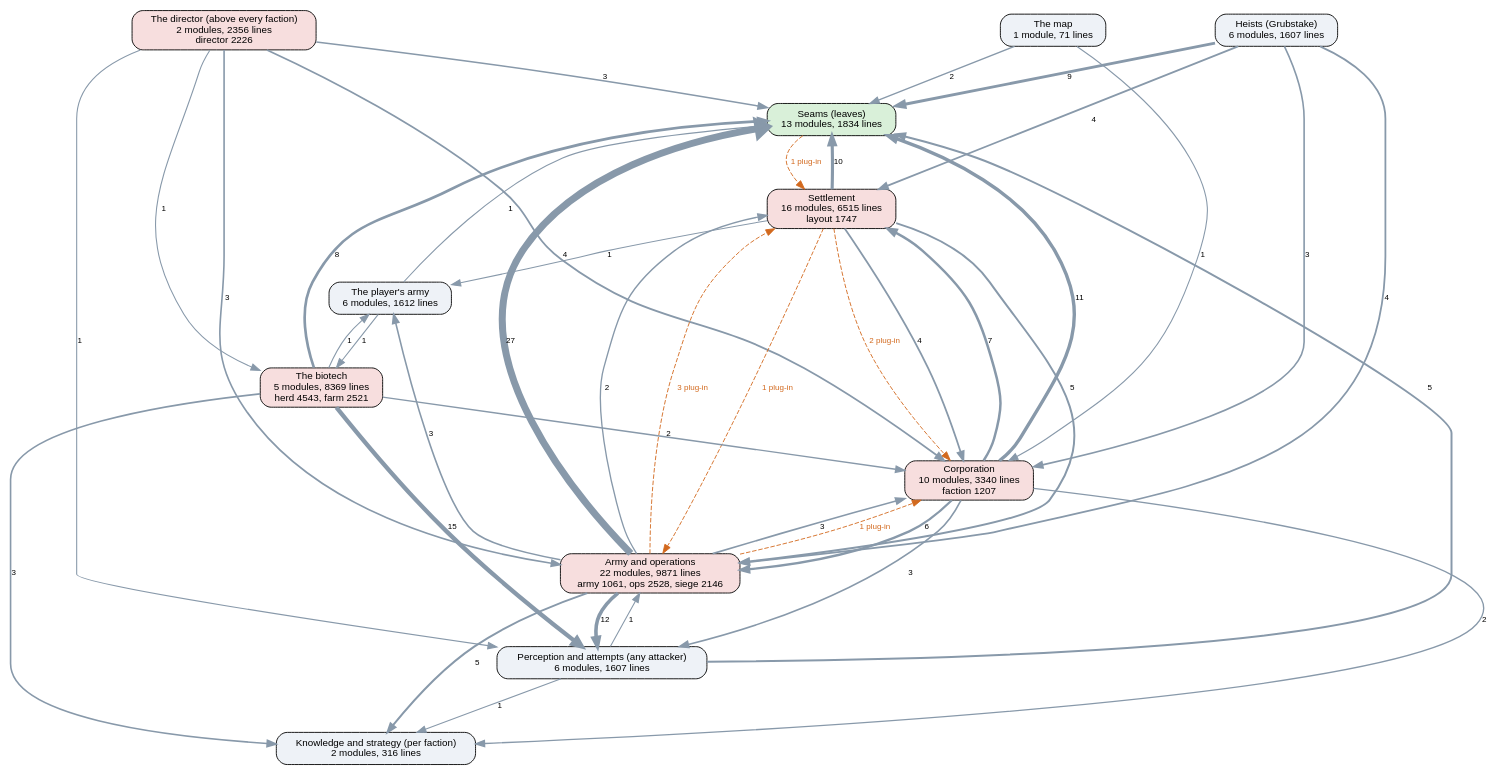
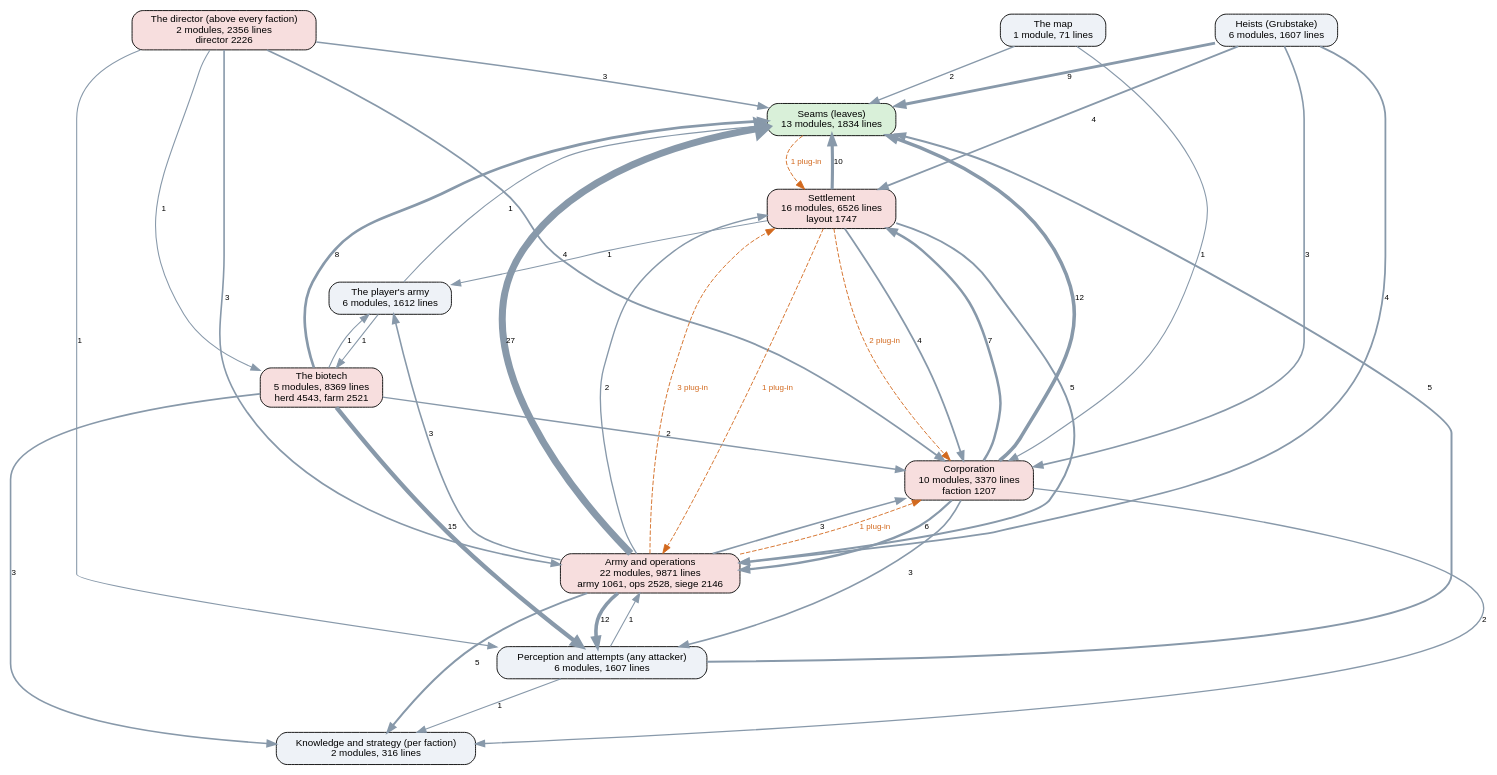
Before and after one commit to kinelhu/landing-party: the diagram in docs/ai-layers.dot, drawn with Graphviz. The commit also changed 13 other files, not shown here.

```diff
--- a/docs/ai-layers.dot
+++ b/docs/ai-layers.dot
@@ -1,57 +1,57 @@
 digraph layers {
   graph [rankdir=TB, fontname="Helvetica", nodesep=0.5, ranksep=0.7];
   node [shape=box, style="rounded,filled", fontname="Helvetica", fontsize=11, fillcolor="#eef2f7"];
   edge [color="#8899aa", fontname="Helvetica", fontsize=9];
   "Seams (leaves)" [label="Seams (leaves)\n13 modules, 1834 lines", fillcolor="#d9f0d9"];
   "Perception and attempts (any attacker)" [label="Perception and attempts (any attacker)\n6 modules, 1607 lines", fillcolor="#eef2f7"];
   "Knowledge and strategy (per faction)" [label="Knowledge and strategy (per faction)\n2 modules, 316 lines", fillcolor="#eef2f7"];
   "The director (above every faction)" [label="The director (above every faction)\n2 modules, 2356 lines\ndirector 2226", fillcolor="#f7dede"];
-  "Corporation" [label="Corporation\n10 modules, 3340 lines\nfaction 1207", fillcolor="#f7dede"];
-  "Settlement" [label="Settlement\n16 modules, 6515 lines\nlayout 1747", fillcolor="#f7dede"];
+  "Corporation" [label="Corporation\n10 modules, 3370 lines\nfaction 1207", fillcolor="#f7dede"];
+  "Settlement" [label="Settlement\n16 modules, 6526 lines\nlayout 1747", fillcolor="#f7dede"];
   "Army and operations" [label="Army and operations\n22 modules, 9871 lines\narmy 1061, ops 2528, siege 2146", fillcolor="#f7dede"];
   "Heists (Grubstake)" [label="Heists (Grubstake)\n6 modules, 1607 lines", fillcolor="#eef2f7"];
   "The biotech" [label="The biotech\n5 modules, 8369 lines\nherd 4543, farm 2521", fillcolor="#f7dede"];
   "The map" [label="The map\n1 module, 71 lines", fillcolor="#eef2f7"];
   "The player's army" [label="The player's army\n6 modules, 1612 lines", fillcolor="#eef2f7"];
   "Army and operations" -> "Corporation" [label="3", penwidth=1.8];
   "Army and operations" -> "Knowledge and strategy (per faction)" [label="5", penwidth=2.2];
   "Army and operations" -> "Perception and attempts (any attacker)" [label="12", penwidth=4.0];
   "Army and operations" -> "Seams (leaves)" [label="27", penwidth=7.8];
   "Army and operations" -> "Settlement" [label="2", penwidth=1.5];
   "Army and operations" -> "The player's army" [label="3", penwidth=1.8];
   "Corporation" -> "Army and operations" [label="6", penwidth=2.5];
   "Corporation" -> "Knowledge and strategy (per faction)" [label="2", penwidth=1.5];
   "Corporation" -> "Perception and attempts (any attacker)" [label="3", penwidth=1.8];
-  "Corporation" -> "Seams (leaves)" [label="11", penwidth=3.8];
+  "Corporation" -> "Seams (leaves)" [label="12", penwidth=4.0];
   "Corporation" -> "Settlement" [label="7", penwidth=2.8];
   "Heists (Grubstake)" -> "Army and operations" [label="4", penwidth=2.0];
   "Heists (Grubstake)" -> "Corporation" [label="3", penwidth=1.8];
   "Heists (Grubstake)" -> "Seams (leaves)" [label="9", penwidth=3.2];
   "Heists (Grubstake)" -> "Settlement" [label="4", penwidth=2.0];
   "Perception and attempts (any attacker)" -> "Army and operations" [label="1", penwidth=1.2];
   "Perception and attempts (any attacker)" -> "Knowledge and strategy (per faction)" [label="1", penwidth=1.2];
   "Perception and attempts (any attacker)" -> "Seams (leaves)" [label="5", penwidth=2.2];
   "Settlement" -> "Army and operations" [label="5", penwidth=2.2];
   "Settlement" -> "Corporation" [label="4", penwidth=2.0];
   "Settlement" -> "Seams (leaves)" [label="10", penwidth=3.5];
   "Settlement" -> "The player's army" [label="1", penwidth=1.2];
   "The biotech" -> "Corporation" [label="2", penwidth=1.5];
   "The biotech" -> "Knowledge and strategy (per faction)" [label="3", penwidth=1.8];
   "The biotech" -> "Perception and attempts (any attacker)" [label="15", penwidth=4.8];
   "The biotech" -> "Seams (leaves)" [label="8", penwidth=3.0];
   "The biotech" -> "The player's army" [label="1", penwidth=1.2];
   "The director (above every faction)" -> "Army and operations" [label="3", penwidth=1.8];
   "The director (above every faction)" -> "Corporation" [label="4", penwidth=2.0];
   "The director (above every faction)" -> "Perception and attempts (any attacker)" [label="1", penwidth=1.2];
   "The director (above every faction)" -> "Seams (leaves)" [label="3", penwidth=1.8];
   "The director (above every faction)" -> "The biotech" [label="1", penwidth=1.2];
   "The map" -> "Corporation" [label="1", penwidth=1.2];
   "The map" -> "Seams (leaves)" [label="2", penwidth=1.5];
   "The player's army" -> "Seams (leaves)" [label="1", penwidth=1.2];
   "The player's army" -> "The biotech" [label="1", penwidth=1.2];
   "Army and operations" -> "Corporation" [style=dashed, color="#d2691e", fontcolor="#d2691e", label="1 plug-in"];
   "Army and operations" -> "Settlement" [style=dashed, color="#d2691e", fontcolor="#d2691e", label="3 plug-in"];
   "Seams (leaves)" -> "Settlement" [style=dashed, color="#d2691e", fontcolor="#d2691e", label="1 plug-in"];
   "Settlement" -> "Army and operations" [style=dashed, color="#d2691e", fontcolor="#d2691e", label="1 plug-in"];
   "Settlement" -> "Corporation" [style=dashed, color="#d2691e", fontcolor="#d2691e", label="2 plug-in"];
 }
```
